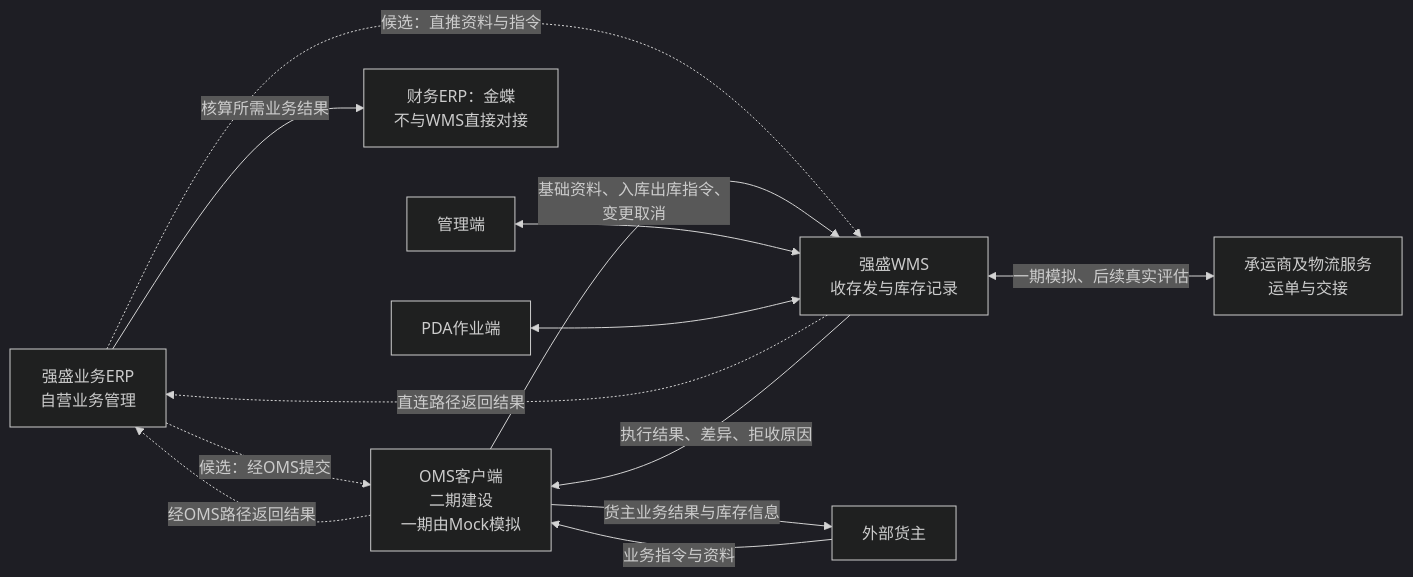
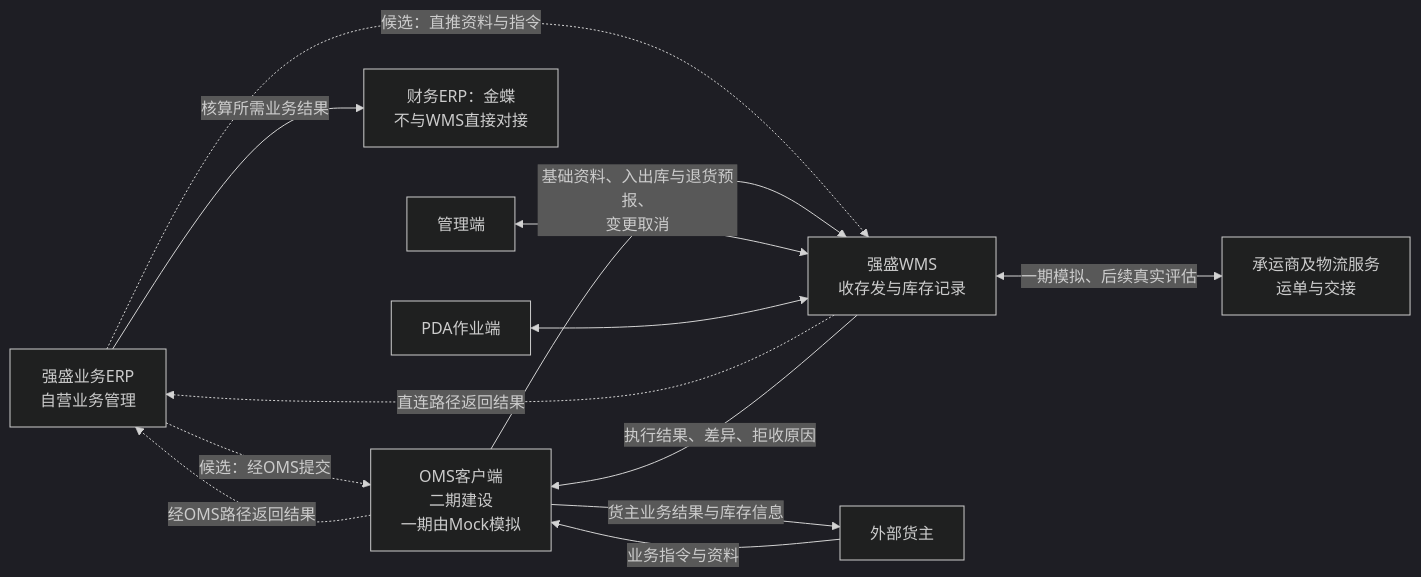
One commit to TopVitamin/QS-WMS-Project changed the diagram in 05-应用设计方案/20261002-MVP版本/系统架构设计/04-系统边界与上下游链路总览.md. Above: the diagram before and after it, drawn with Mermaid (dark theme). The commit also changed other lines of this file and 151 other files, not shown here.

````diff
--- a/05-应用设计方案/20261002-MVP版本/系统架构设计/04-系统边界与上下游链路总览.md
+++ b/05-应用设计方案/20261002-MVP版本/系统架构设计/04-系统边界与上下游链路总览.md
@@ -18,15 +19,15 @@
 ```mermaid
 flowchart LR
     E[强盛业务ERP<br/>自营业务管理] -.->|候选：经OMS提交| OMS
     E -.->|候选：直推资料与指令| W
     W -.->|直连路径返回结果| E
     C[外部货主] -->|业务指令与资料| OMS
-    OMS[OMS客户端<br/>二期建设<br/>一期由Mock模拟] -->|基础资料、入库出库指令、<br/>变更取消| W[强盛WMS<br/>收存发与库存记录]
+    OMS[OMS客户端<br/>二期建设<br/>一期由Mock模拟] -->|基础资料、入出库与退货预报、<br/>变更取消| W[强盛WMS<br/>收存发与库存记录]
     W -->|执行结果、差异、拒收原因| OMS
     OMS -.->|经OMS路径返回结果| E
     OMS -->|货主业务结果与库存信息| C
     W <-->|一期模拟、后续真实评估| L[承运商及物流服务<br/>运单与交接]
     E -->|核算所需业务结果| F[财务ERP：金蝶<br/>不与WMS直接对接]
     P1[管理端] <--> W
     P2[PDA作业端] <--> W
 ```
````
